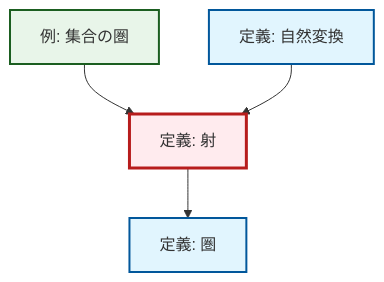
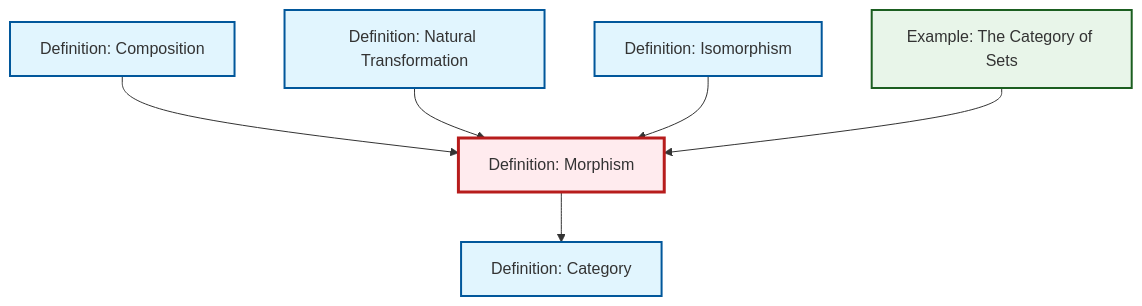
The diagram in content/ja/category-theory/def-morphism.qmd (RK0429/ModernMath), drawn with Mermaid before and after one commit. The commit also changed 203 other files, not shown here.

````diff
--- a/content/ja/category-theory/def-morphism.qmd
+++ b/content/ja/category-theory/def-morphism.qmd
@@ -56,21 +56,21 @@
 ```{mermaid}
-%%| fig-cap: "局所依存関係グラフ"
+%%| fig-cap: "Local dependency graph"
 graph TD
     classDef definition fill:#e1f5fe,stroke:#01579b,stroke-width:2px
     classDef theorem fill:#f3e5f5,stroke:#4a148c,stroke-width:2px
     classDef axiom fill:#fff3e0,stroke:#e65100,stroke-width:2px
     classDef example fill:#e8f5e9,stroke:#1b5e20,stroke-width:2px
     classDef current fill:#ffebee,stroke:#b71c1c,stroke-width:3px
-    ex-set-category["例: 集合の圏"]:::example
-    def-morphism["定義: 射"]:::definition
-    def-natural-transformation["定義: 自然変換"]:::definition
-    def-category["定義: 圏"]:::definition
+    def-isomorphism["Definition: Isomorphism"]:::definition
+    def-composition["Definition: Composition"]:::definition
+    ex-set-category["Example: The Category of Sets"]:::example
+    def-morphism["Definition: Morphism"]:::definition
+    def-category["Definition: Category"]:::definition
+    def-natural-transformation["Definition: Natural Transformation"]:::definition
+    def-composition --> def-morphism
+    def-natural-transformation --> def-morphism
+    def-isomorphism --> def-morphism
+    def-morphism --> def-category
     ex-set-category --> def-morphism
-    def-natural-transformation --> def-morphism
-    def-morphism --> def-category
     class def-morphism current
-
-    click ex-set-category "ex-set-category.html" "Go to 例: 集合の圏"
-    click def-natural-transformation "def-natural-transformation.html" "Go to 定義: 自然変換"
-    click def-category "def-category.html" "Go to 定義: 圏"
 ```
````
